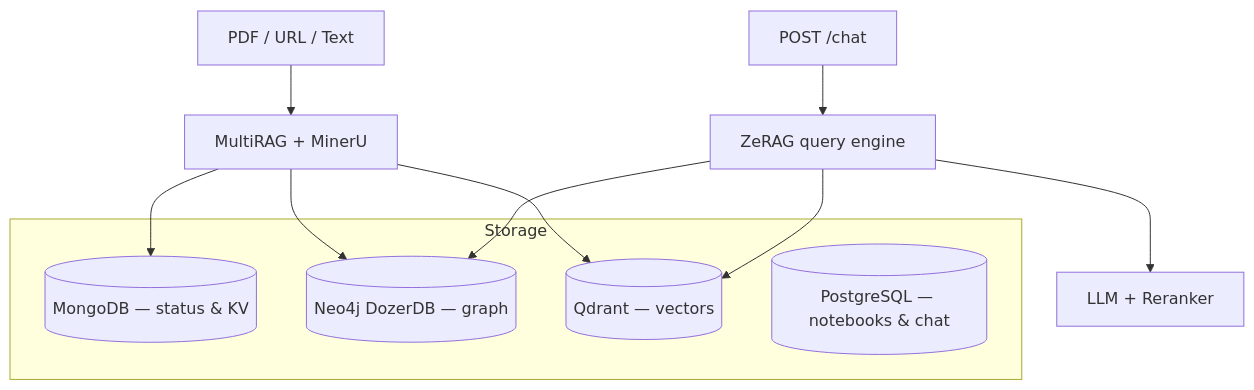
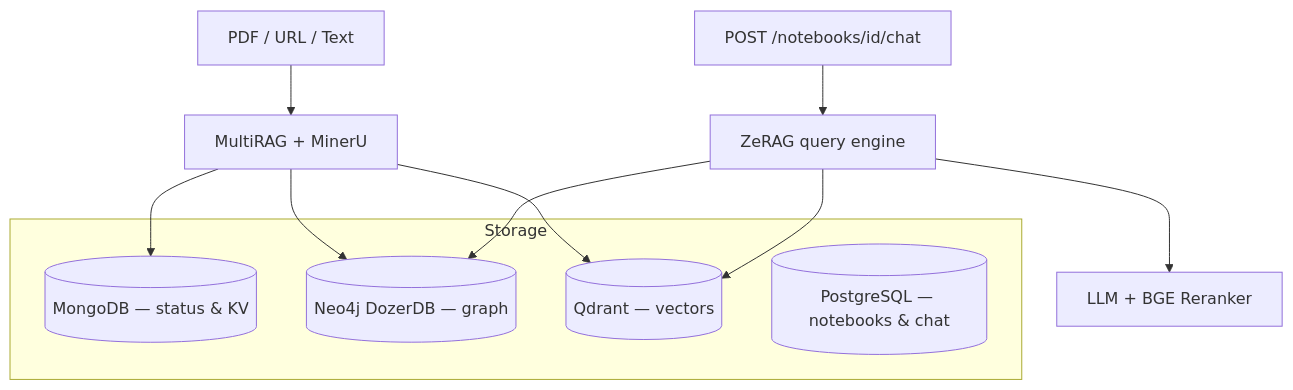
One commit to Zeres-Engel/InsightNote changed the diagram in backend/README.md. Above: the diagram before and after it, drawn with Mermaid. The commit also changed other lines of this file and 4 other files, not shown here.

````diff
--- a/backend/README.md
+++ b/backend/README.md
@@ -9,19 +26,19 @@
 ```mermaid
 graph TD
     subgraph Storage
         MongoDB[(MongoDB — status & KV)]
         Neo4j[(Neo4j DozerDB — graph)]
         Qdrant[(Qdrant — vectors)]
         Postgres[(PostgreSQL — notebooks & chat)]
     end
 
     PDF[PDF / URL / Text] --> MultiRAG[MultiRAG + MinerU]
     MultiRAG --> Neo4j
     MultiRAG --> Qdrant
     MultiRAG --> MongoDB
 
-    Chat[POST /chat] --> ZeRAG[ZeRAG query engine]
+    Chat[POST /notebooks/id/chat] --> ZeRAG[ZeRAG query engine]
     ZeRAG --> Qdrant
     ZeRAG --> Neo4j
-    ZeRAG --> LLM[LLM + Reranker]
+    ZeRAG --> LLM[LLM + BGE Reranker]
 ```
````
